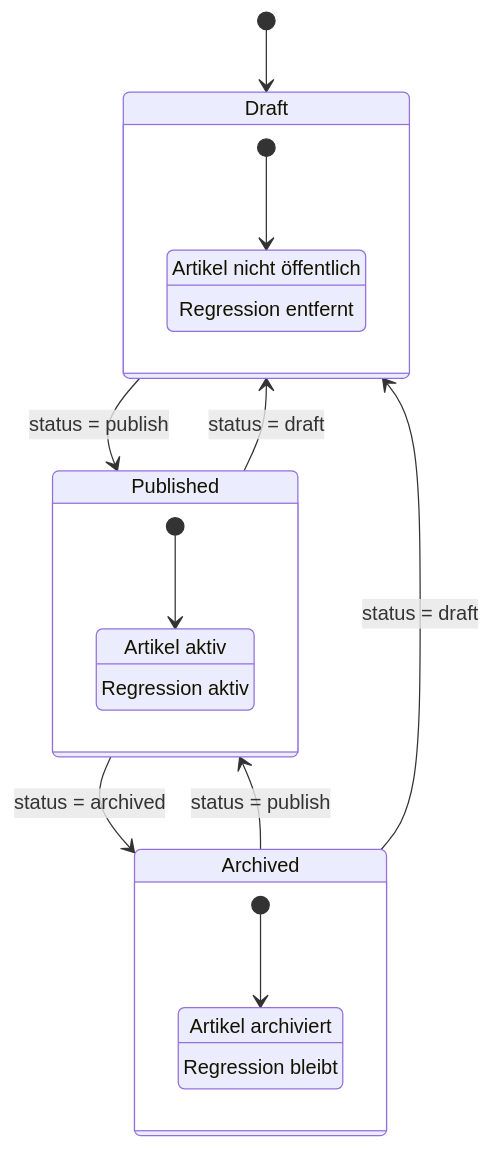
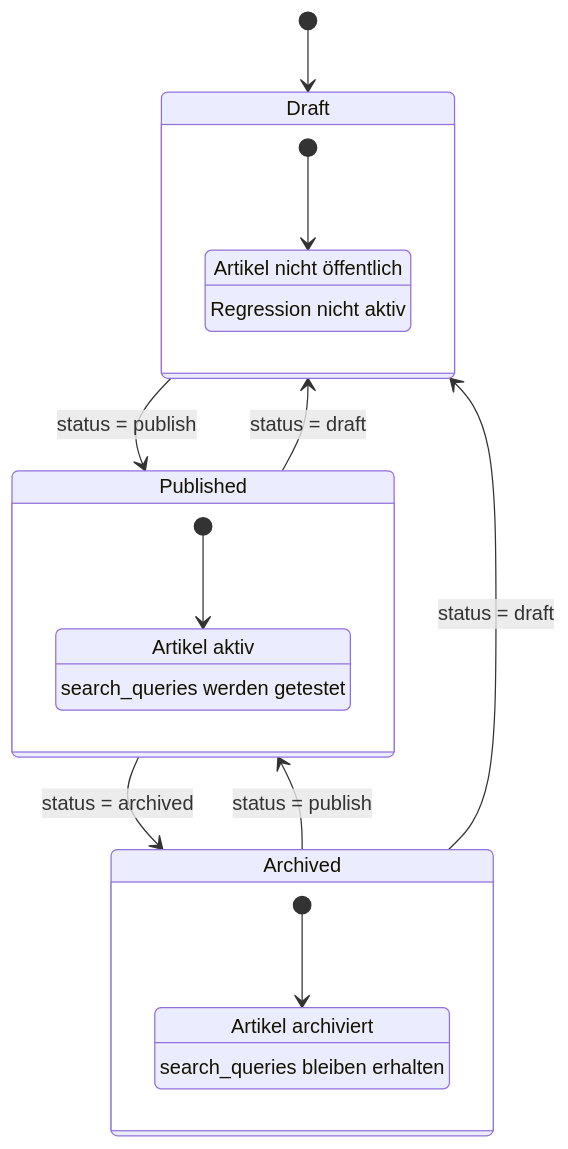
One commit to 0b-ivan/Blog changed the fourth of 4 diagrams in posts/2026-08-25-Regresions-test.md. Above: the diagram before and after it, drawn with Mermaid. The commit also changed other lines of this file, not shown here.

Commit message:
Document frontmatter-only search regression architecture

````diff
--- a/posts/2026-08-25-Regresions-test.md
+++ b/posts/2026-08-25-Regresions-test.md
@@ -381,27 +365,27 @@
 ```mermaid
 stateDiagram-v2
     [*] --> Draft
     Draft --> Published: status = publish
     Published --> Archived: status = archived
     Archived --> Published: status = publish
     Published --> Draft: status = draft
     Archived --> Draft: status = draft
 
     state Draft {
         [*] --> NichtOeffentlich
         NichtOeffentlich: Artikel nicht öffentlich
-        NichtOeffentlich: Regression entfernt
+        NichtOeffentlich: Regression nicht aktiv
     }
 
     state Published {
         [*] --> Aktiv
         Aktiv: Artikel aktiv
-        Aktiv: Regression aktiv
+        Aktiv: search_queries werden getestet
     }
 
     state Archived {
         [*] --> Archiviert
         Archiviert: Artikel archiviert
-        Archiviert: Regression bleibt
+        Archiviert: search_queries bleiben erhalten
     }
 ```
````
